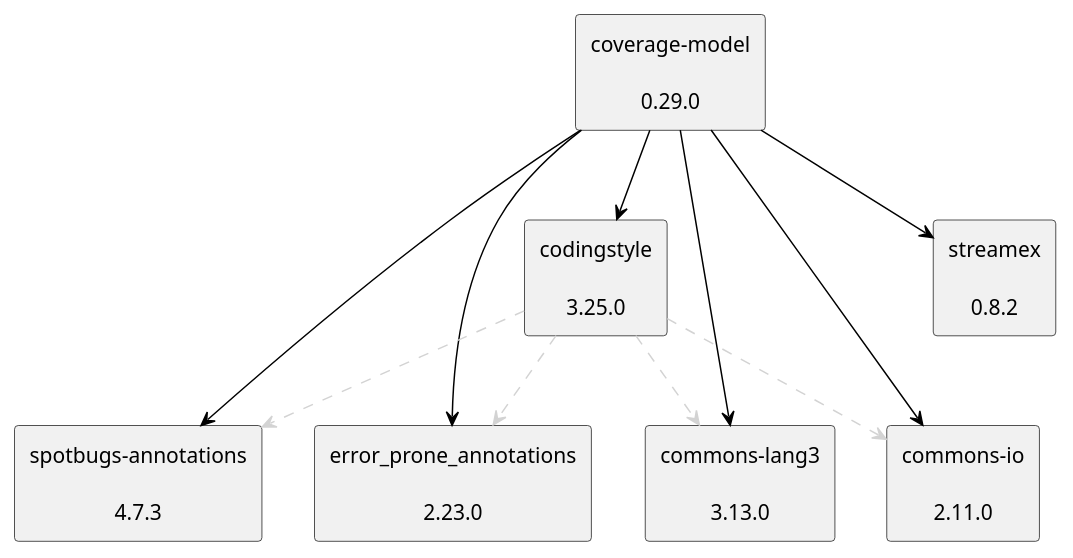
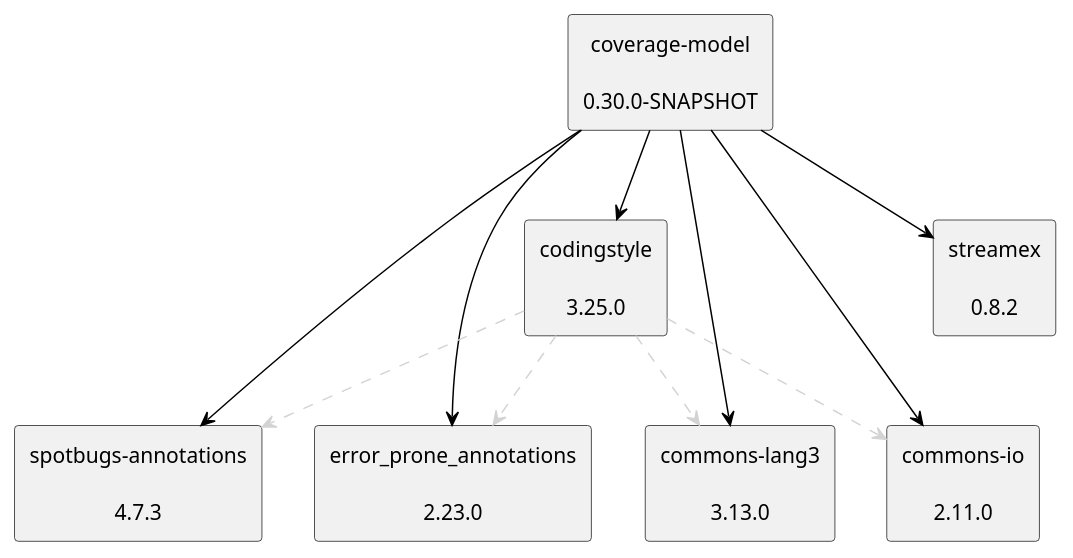
One commit to jenkinsci/coverage-model changed the diagram in doc/dependency-graph.puml. Above: the diagram before and after it, drawn with PlantUML. The commit also changed 2 other files, not shown here.

```diff
--- a/doc/dependency-graph.puml
+++ b/doc/dependency-graph.puml
@@ -1,26 +1,26 @@
 @startuml
 skinparam defaultTextAlignment center
 skinparam rectangle {
   BackgroundColor<<optional>> beige
   BackgroundColor<<test>> lightGreen
   BackgroundColor<<runtime>> lightBlue
   BackgroundColor<<provided>> lightGray
 }
-rectangle "coverage-model\n\n0.29.0" as edu_hm_hafner_coverage_model_jar
+rectangle "coverage-model\n\n0.30.0-SNAPSHOT" as edu_hm_hafner_coverage_model_jar
 rectangle "spotbugs-annotations\n\n4.7.3" as com_github_spotbugs_spotbugs_annotations_jar
 rectangle "error_prone_annotations\n\n2.23.0" as com_google_errorprone_error_prone_annotations_jar
 rectangle "streamex\n\n0.8.2" as one_util_streamex_jar
 rectangle "codingstyle\n\n3.25.0" as edu_hm_hafner_codingstyle_jar
 rectangle "commons-lang3\n\n3.13.0" as org_apache_commons_commons_lang3_jar
 rectangle "commons-io\n\n2.11.0" as commons_io_commons_io_jar
 edu_hm_hafner_coverage_model_jar -[#000000]-> com_github_spotbugs_spotbugs_annotations_jar
 edu_hm_hafner_coverage_model_jar -[#000000]-> com_google_errorprone_error_prone_annotations_jar
 edu_hm_hafner_coverage_model_jar -[#000000]-> one_util_streamex_jar
 edu_hm_hafner_codingstyle_jar .[#D3D3D3].> com_github_spotbugs_spotbugs_annotations_jar
 edu_hm_hafner_codingstyle_jar .[#D3D3D3].> com_google_errorprone_error_prone_annotations_jar
 edu_hm_hafner_codingstyle_jar .[#D3D3D3].> org_apache_commons_commons_lang3_jar
 edu_hm_hafner_codingstyle_jar .[#D3D3D3].> commons_io_commons_io_jar
 edu_hm_hafner_coverage_model_jar -[#000000]-> edu_hm_hafner_codingstyle_jar
 edu_hm_hafner_coverage_model_jar -[#000000]-> org_apache_commons_commons_lang3_jar
 edu_hm_hafner_coverage_model_jar -[#000000]-> commons_io_commons_io_jar
 @enduml
```
